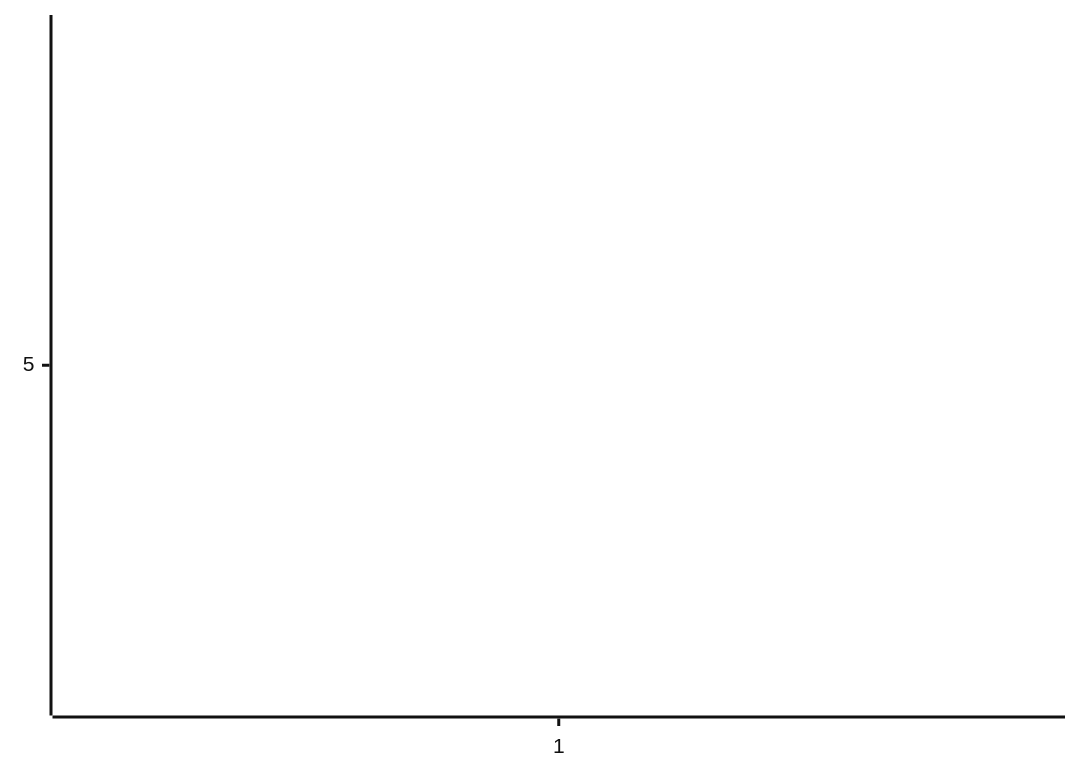
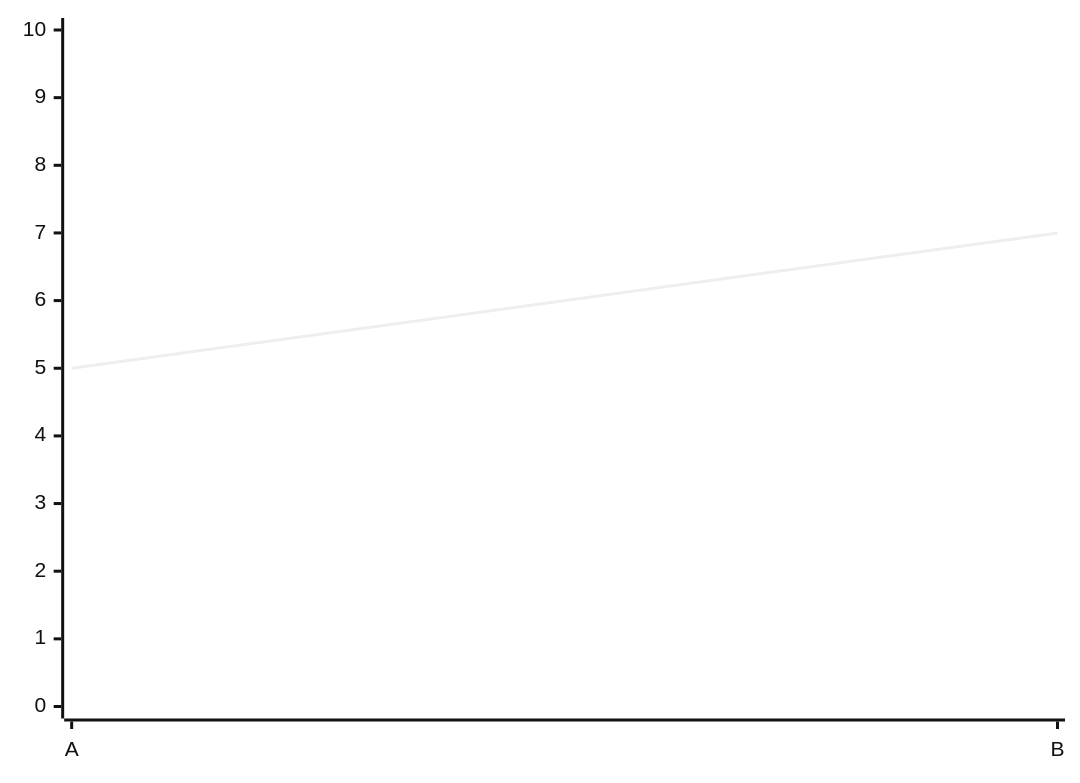
One commit to BitYoungjae/marketplace changed diagram 17 of 23 in plugins/obsidian-blocks/skills/mermaid-diagramming/xychart.md. Above: the diagram before and after it, drawn with Mermaid (neutral theme). The commit also changed other lines of this file and 14 other files, not shown here.

First line of the commit message:
feat(obsidian-blocks): add Session 3 Mermaid diagrams

````diff
--- a/plugins/obsidian-blocks/skills/mermaid-diagramming/xychart.md
+++ b/plugins/obsidian-blocks/skills/mermaid-diagramming/xychart.md
@@ -222,4 +228,6 @@
 ```mermaid
 xychart-beta
-    line [5]
+    x-axis [A, B]
+    y-axis 0 --> 10
+    line [5, 7]
 ```
````
